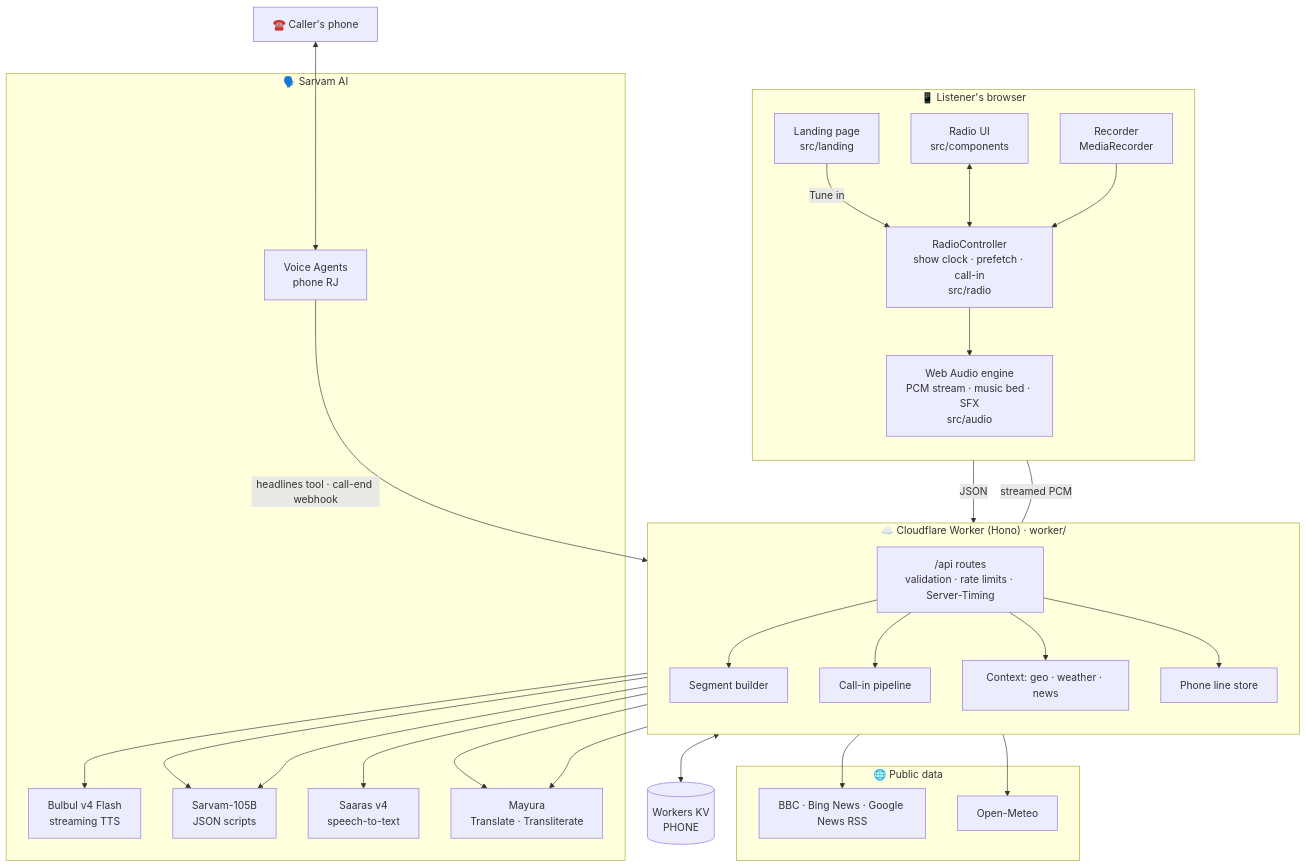
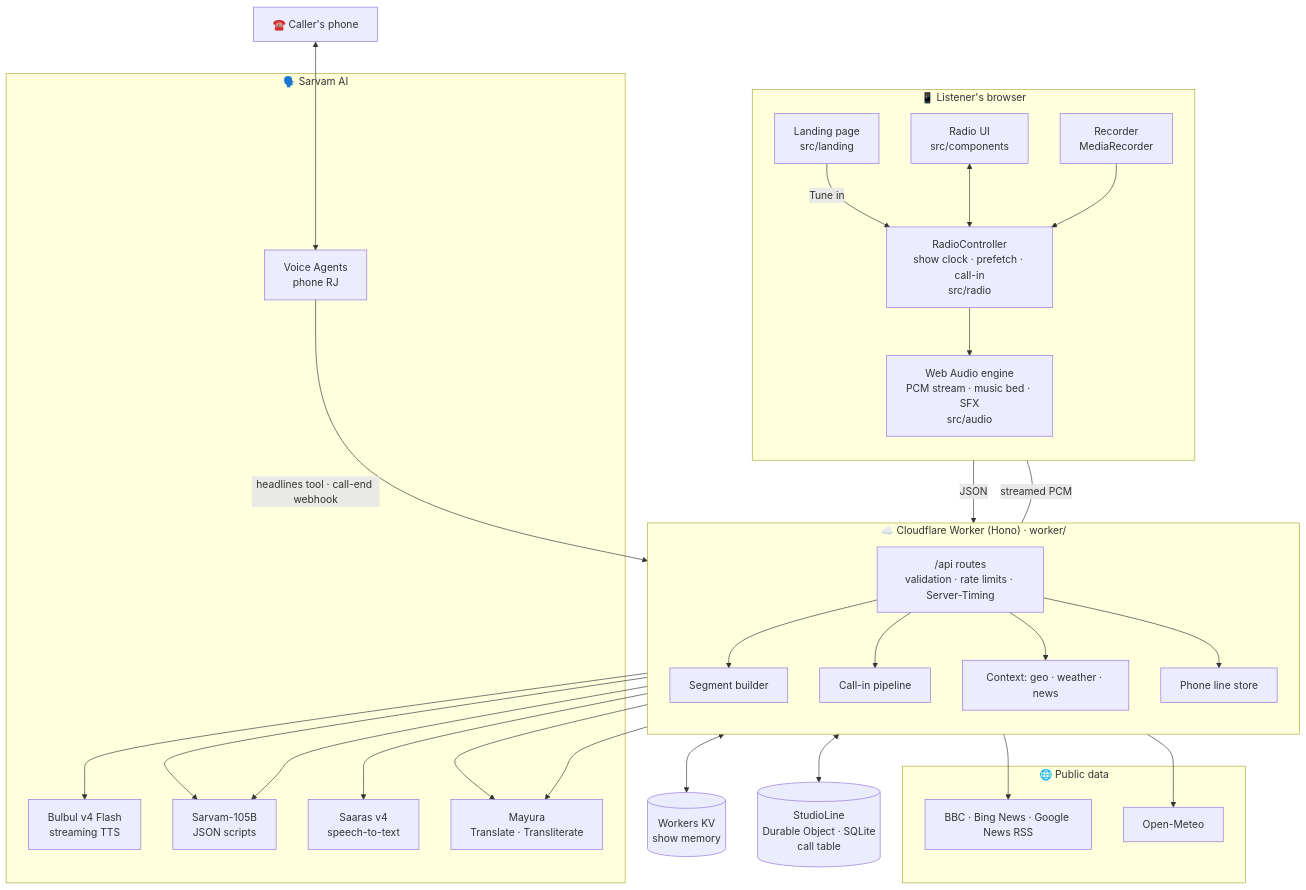
The first of 18 diagrams in docs/ARCHITECTURE.md (harshbhx/tarang-fm), drawn with Mermaid before and after one commit. The commit also changed other lines of this file and 18 other files, not shown here.

First line of the commit message:
feat(phone): one shared call table, so a studio call is read on air once, ever

````diff
--- a/docs/ARCHITECTURE.md
+++ b/docs/ARCHITECTURE.md
@@ -28,51 +28,53 @@
 ```mermaid
 flowchart TB
   subgraph Listener["📱 Listener's browser"]
     direction TB
     LAND["Landing page<br/>src/landing"]
     RADIO["Radio UI<br/>src/components"]
     CTRL["RadioController<br/>show clock · prefetch · call-in<br/>src/radio"]
     ENG["Web Audio engine<br/>PCM stream · music bed · SFX<br/>src/audio"]
     REC["Recorder<br/>MediaRecorder"]
     LAND -->|Tune in| CTRL
     RADIO <--> CTRL
     CTRL --> ENG
     REC --> CTRL
   end
 
   subgraph Edge["☁️ Cloudflare Worker (Hono) · worker/"]
     direction TB
     API["/api routes<br/>validation · rate limits · Server-Timing"]
     SEG["Segment builder"]
     CALL["Call-in pipeline"]
     CTX["Context: geo · weather · news"]
     PH["Phone line store"]
     API --> SEG & CALL & CTX & PH
   end
 
   subgraph Sarvam["🗣️ Sarvam AI"]
     TTS["Bulbul v4 Flash<br/>streaming TTS"]
     LLM["Sarvam-105B<br/>JSON scripts"]
     STT["Saaras v4<br/>speech-to-text"]
     TR["Mayura<br/>Translate · Transliterate"]
     VA["Voice Agents<br/>phone RJ"]
   end
 
   subgraph Outside["🌐 Public data"]
     NEWS["BBC · Bing News · Google News RSS"]
     WX["Open-Meteo"]
   end
 
-  KV[("Workers KV<br/>PHONE")]
+  KV[("Workers KV<br/>show memory")]
+  DO[("StudioLine<br/>Durable Object · SQLite<br/>call table")]
   PHONE["☎️ Caller's phone"]
 
   CTRL -- "JSON" --> API
   ENG -- "streamed PCM" --- API
   SEG --> LLM & TR
   API --> TTS
   CALL --> STT & LLM & TR
   CTX --> NEWS & WX
-  PH <--> KV
+  PH <--> DO
+  SEG <--> KV
   PHONE <--> VA
   VA -- "headlines tool · call-end webhook" --> API
 ```
````
